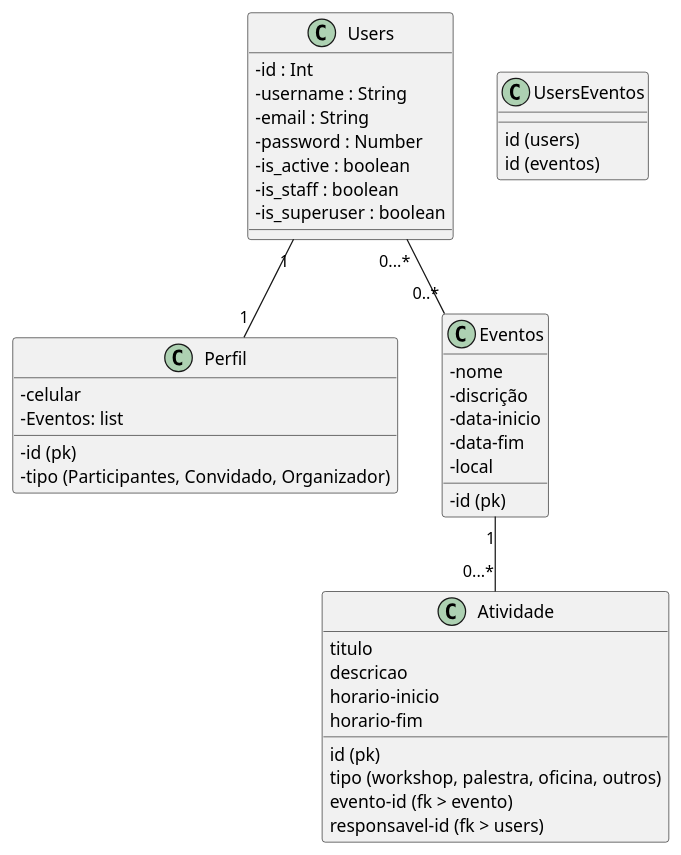
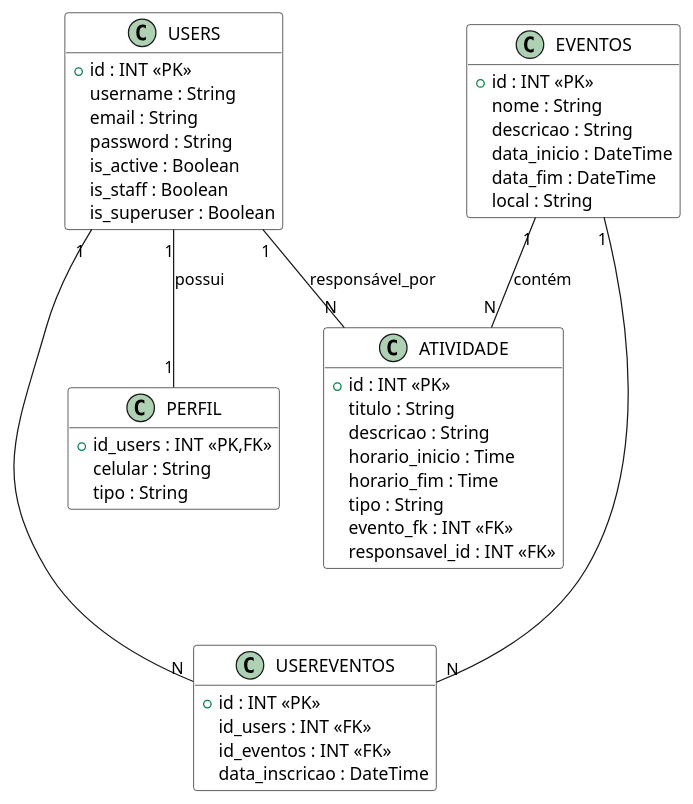
The diagram in diagramaBanco.pu (alissonguarnier/Grupo-01-Gestao-de-Eventos), drawn with PlantUML before and after one commit. The commit also changed 1 other file, not shown here.

```diff
--- a/diagramaBanco.pu
+++ b/diagramaBanco.pu
@@ -1,51 +1,74 @@
 @startuml
-skinparam classAttributeIconSize 0
-class Users {
-    - id : Int
-    - username : String
-    - email : String
-    - password : Number
-    - is_active : boolean
-    - is_staff : boolean
-    - is_superuser : boolean
+hide methods
+hide stereotypes
+
+skinparam class {
+    BackgroundColor #ffffff
+    BorderColor #000000
 }
 
-Users "1" -- "1" Perfil
+' ============================
+' ENTIDADES
+' ============================
 
-class Perfil {
-    - id (pk)
-    - celular
-    - tipo (Participantes, Convidado, Organizador)
-    - Eventos: list
+class USERS {
+    + id : INT <<PK>>
+    username : String
+    email : String
+    password : String
+    is_active : Boolean
+    is_staff : Boolean
+    is_superuser : Boolean
 }
 
-class UsersEventos {
-    id (users)
-    id (eventos)
+class PERFIL {
+    + id_users : INT <<PK,FK>>
+    celular : String
+    tipo : String
 }
 
-class Eventos {
-    - id (pk)
-    - nome
-    - discrição
-    - data-inicio
-    - data-fim
-    - local
+class EVENTOS {
+    + id : INT <<PK>>
+    nome : String
+    descricao : String
+    data_inicio : DateTime
+    data_fim : DateTime
+    local : String
 }
 
-Users "0...*" -- "0..*" Eventos
-
-class Atividade {
-    id (pk)
-    titulo
-    descricao
-    horario-inicio
-    horario-fim
-    tipo (workshop, palestra, oficina, outros)
-    evento-id (fk > evento)
-    responsavel-id (fk > users)
+class ATIVIDADE {
+    + id : INT <<PK>>
+    titulo : String
+    descricao : String
+    horario_inicio : Time
+    horario_fim : Time
+    tipo : String
+    evento_fk : INT <<FK>>
+    responsavel_id : INT <<FK>>
 }
 
-Eventos "1" -- "0...*" Atividade
+class USEREVENTOS {
+    + id : INT <<PK>>
+    id_users : INT <<FK>>
+    id_eventos : INT <<FK>>
+    data_inscricao : DateTime
+}
+
+' ============================
+' RELACIONAMENTOS
+' ============================
+
+' 1:1 USERS — PERFIL
+USERS "1" -- "1" PERFIL : possui
+
+' 1:N EVENTOS — ATIVIDADE
+EVENTOS "1" -- "N" ATIVIDADE : contém
+
+' 1:N USERS — ATIVIDADE (responsável)
+USERS "1" -- "N" ATIVIDADE : responsável_por
+
+' N:N USERS — EVENTOS via USEREVENTOS
+USERS "1" --- "N" USEREVENTOS
+EVENTOS "1" -- "N" USEREVENTOS
 
 @enduml
```
